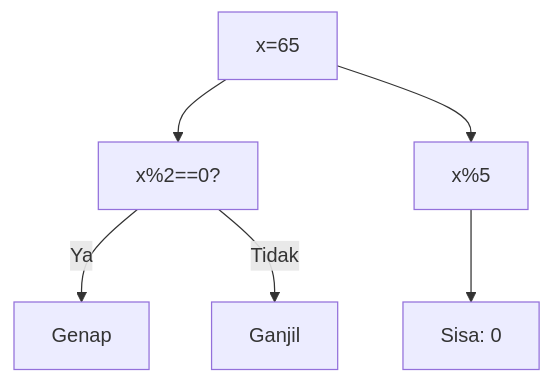
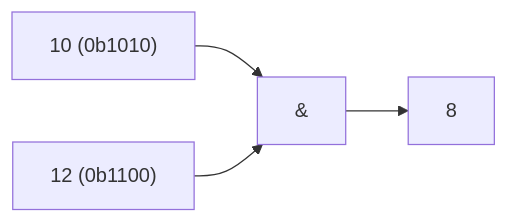
Before and after one commit to amnahwaida/OSNK_INF_PREP: the sixth of 25 diagrams in part-c-pemahaman-cpp/06-bitwise/latihan/set-11.md, drawn with Mermaid. The commit also changed other lines of this file and 71 other files, not shown here.

````diff
--- a/part-c-pemahaman-cpp/06-bitwise/latihan/set-11.md
+++ b/part-c-pemahaman-cpp/06-bitwise/latihan/set-11.md
@@ -279,8 +153,6 @@
 ```mermaid
-graph TD
-A["x=65"] --> B["x%2==0?"]
-B -- Ya --> C["Genap"]
-B -- Tidak --> D["Ganjil"]
-A --> E["x%5"]
-E --> F["Sisa: 0"]
+graph LR
+A["10 (0b1010)"] --> C["&"]
+B["12 (0b1100)"] --> C
+C --> D["8"]
 ```
````
